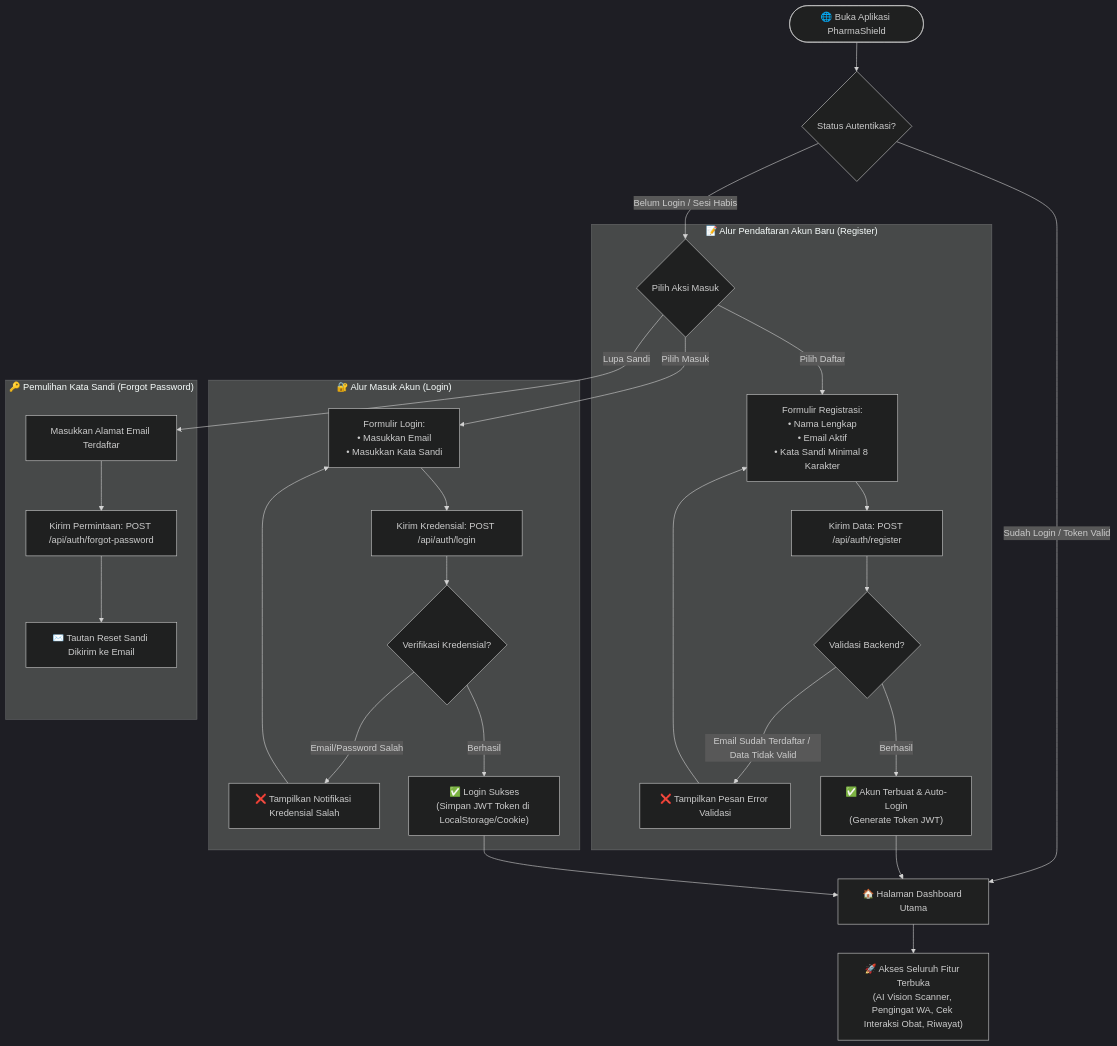
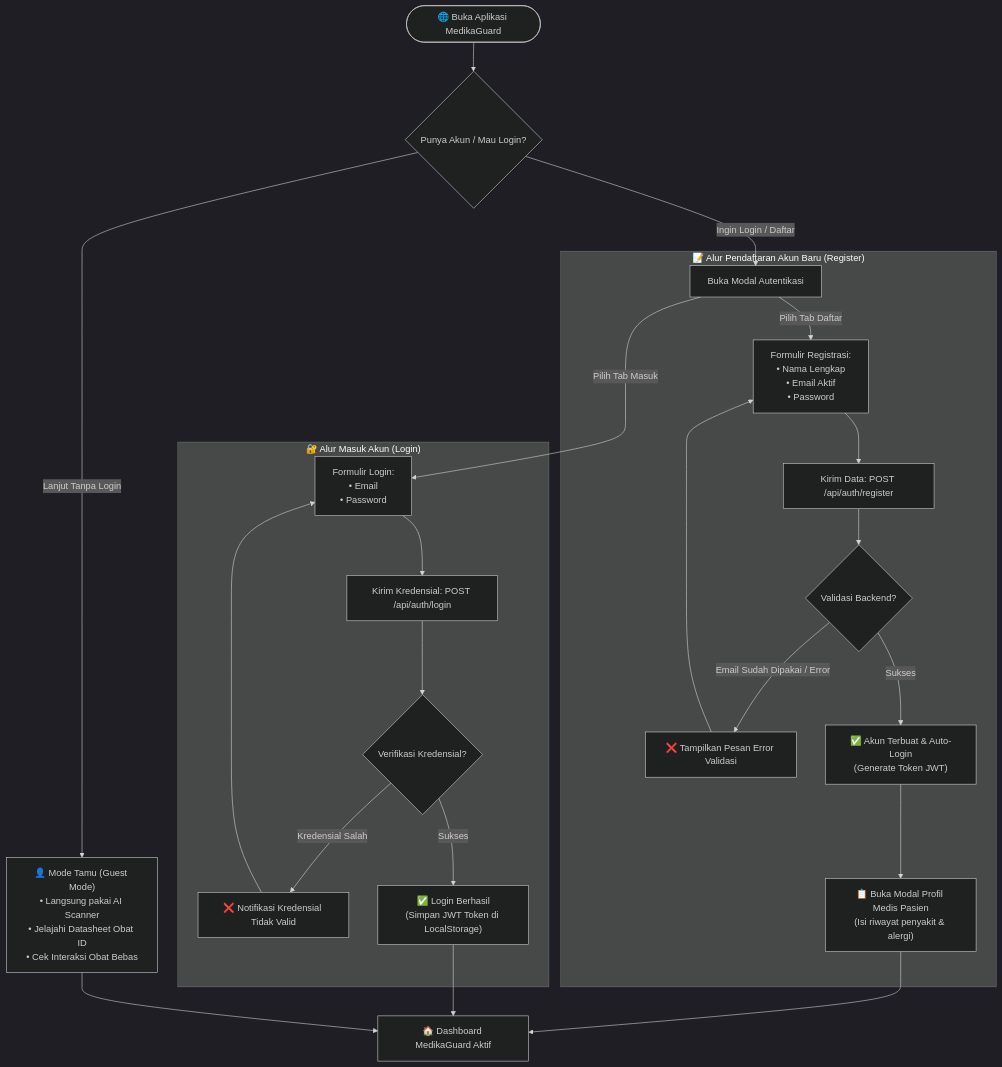
The second of 8 diagrams in README.md (rifqiaunur666/pharmashield-project), drawn with Mermaid (dark theme) before and after one commit. The commit also changed other lines of this file, not shown here.

````diff
--- a/README.md
+++ b/README.md
@@ -168,35 +199,30 @@
 ```mermaid
 flowchart TD
-    Start([🌐 Buka Aplikasi PharmaShield]) --> CheckAuth{Status Autentikasi?}
+    Start([🌐 Buka Aplikasi MedikaGuard]) --> CheckAuth{Punya Akun / Mau Login?}
     
-    CheckAuth -- Sudah Login / Token Valid --> Dashboard[🏠 Halaman Dashboard Utama]
-    CheckAuth -- Belum Login / Sesi Habis --> AuthChoice{Pilih Aksi Masuk}
+    CheckAuth -- Lanjut Tanpa Login --> GuestMode["👤 Mode Tamu (Guest Mode)<br/>• Langsung pakai AI Scanner<br/>• Jelajahi Datasheet Obat ID<br/>• Cek Interaksi Obat Bebas"]
+    CheckAuth -- Ingin Login / Daftar --> AuthModalView["Buka Modal Autentikasi"]
 
     subgraph RegisterFlow ["📝 Alur Pendaftaran Akun Baru (Register)"]
-        AuthChoice -- Pilih Daftar --> RegForm["Formulir Registrasi:<br/>• Nama Lengkap<br/>• Email Aktif<br/>• Kata Sandi Minimal 8 Karakter"]
+        AuthModalView -- Pilih Tab Daftar --> RegForm["Formulir Registrasi:<br/>• Nama Lengkap<br/>• Email Aktif<br/>• Password"]
         RegForm --> RegSubmit["Kirim Data: POST /api/auth/register"]
         RegSubmit --> RegCheck{Validasi Backend?}
-        RegCheck -- Email Sudah Terdaftar / Data Tidak Valid --> RegErr["❌ Tampilkan Pesan Error Validasi"]
+        RegCheck -- Email Sudah Dipakai / Error --> RegErr["❌ Tampilkan Pesan Error Validasi"]
         RegErr --> RegForm
-        RegCheck -- Berhasil --> RegSuccess["✅ Akun Terbuat & Auto-Login<br/>(Generate Token JWT)"]
+        RegCheck -- Sukses --> RegSuccess["✅ Akun Terbuat & Auto-Login<br/>(Generate Token JWT)"]
+        RegSuccess --> OpenProfile["📋 Buka Modal Profil Medis Pasien<br/>(Isi riwayat penyakit & alergi)"]
     end
 
     subgraph LoginFlow ["🔐 Alur Masuk Akun (Login)"]
-        AuthChoice -- Pilih Masuk --> LoginForm["Formulir Login:<br/>• Masukkan Email<br/>• Masukkan Kata Sandi"]
+        AuthModalView -- Pilih Tab Masuk --> LoginForm["Formulir Login:<br/>• Email<br/>• Password"]
         LoginForm --> LoginSubmit["Kirim Kredensial: POST /api/auth/login"]
         LoginSubmit --> LoginCheck{Verifikasi Kredensial?}
-        LoginCheck -- Email/Password Salah --> LoginErr["❌ Tampilkan Notifikasi Kredensial Salah"]
+        LoginCheck -- Kredensial Salah --> LoginErr["❌ Notifikasi Kredensial Tidak Valid"]
         LoginErr --> LoginForm
-        LoginCheck -- Berhasil --> LoginSuccess["✅ Login Sukses<br/>(Simpan JWT Token di LocalStorage/Cookie)"]
+        LoginCheck -- Sukses --> LoginSuccess["✅ Login Berhasil<br/>(Simpan JWT Token di LocalStorage)"]
     end
 
-    subgraph ForgotFlow ["🔑 Pemulihan Kata Sandi (Forgot Password)"]
-        AuthChoice -- Lupa Sandi --> ForgotForm["Masukkan Alamat Email Terdaftar"]
-        ForgotForm --> ForgotSubmit["Kirim Permintaan: POST /api/auth/forgot-password"]
-        ForgotSubmit --> ForgotSuccess["✉️ Tautan Reset Sandi Dikirim ke Email"]
-    end
-
-    RegSuccess --> Dashboard
+    OpenProfile --> Dashboard["🏠 Dashboard MedikaGuard Aktif"]
     LoginSuccess --> Dashboard
-    Dashboard --> AppReady["🚀 Akses Seluruh Fitur Terbuka<br/>(AI Vision Scanner, Pengingat WA, Cek Interaksi Obat, Riwayat)"]
+    GuestMode --> Dashboard
 ```
````
